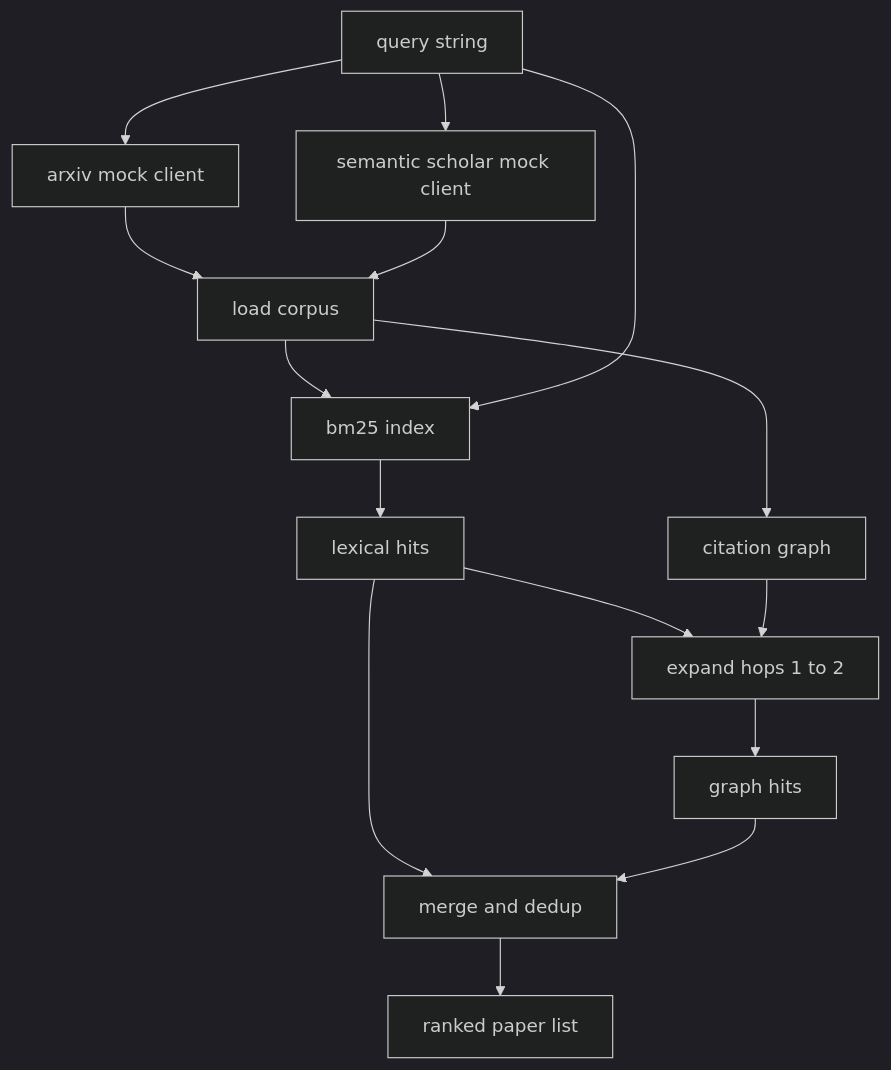
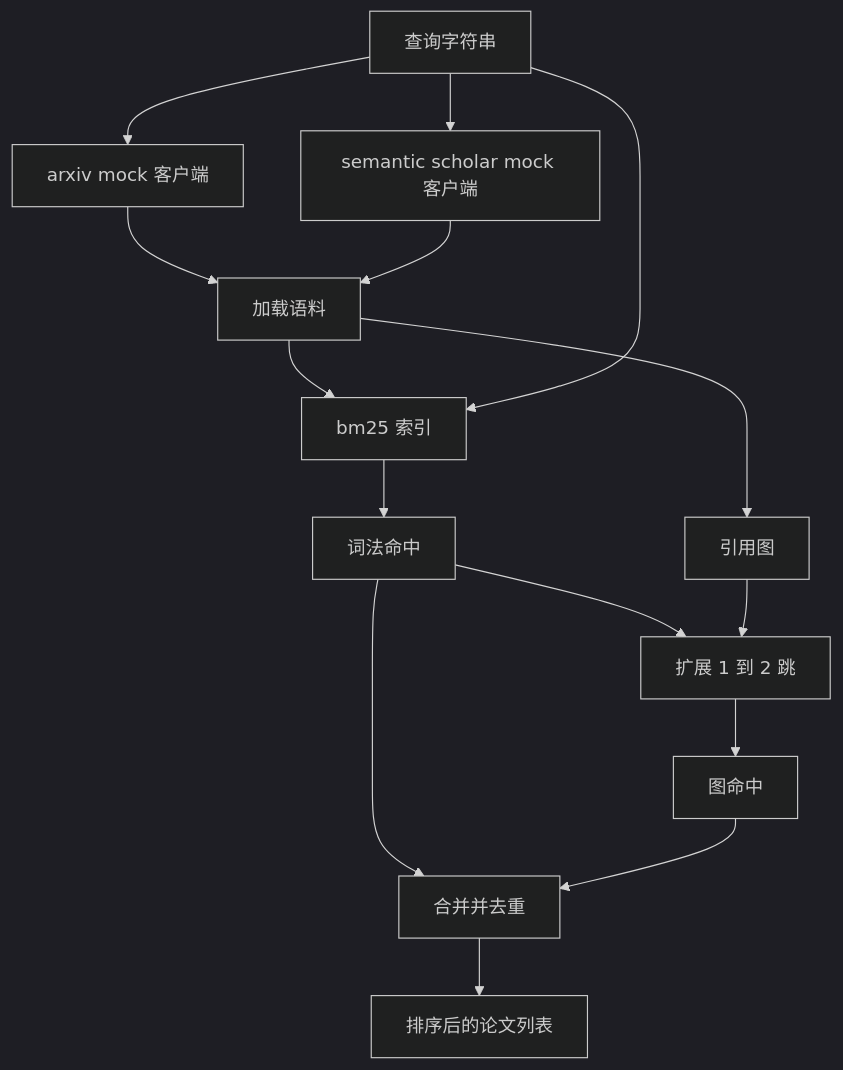
One commit to JerryC8080/ai-engineering-from-scratch-zh changed the diagram in phases/19-capstone-projects/51-literature-retrieval/docs/zh.md. Above: the diagram before and after it, drawn with Mermaid (dark theme). The commit also changed 156 other files, not shown here.

First line of the commit message:
i18n(zh): translate mermaid diagram labels in 157 lesson zh.md

````diff
--- a/phases/19-capstone-projects/51-literature-retrieval/docs/zh.md
+++ b/phases/19-capstone-projects/51-literature-retrieval/docs/zh.md
@@ -43,17 +43,17 @@
 ```mermaid
 flowchart TD
-    Q[query string] --> A[arxiv mock client]
-    Q --> S[semantic scholar mock client]
-    A --> L[load corpus]
+    Q[查询字符串] --> A[arxiv mock 客户端]
+    Q --> S[semantic scholar mock 客户端]
+    A --> L[加载语料]
     S --> L
-    L --> B[bm25 index]
-    L --> G[citation graph]
+    L --> B[bm25 索引]
+    L --> G[引用图]
     Q --> B
-    B --> R1[lexical hits]
-    R1 --> H[expand hops 1 to 2]
+    B --> R1[词法命中]
+    R1 --> H[扩展 1 到 2 跳]
     G --> H
-    H --> R2[graph hits]
-    R1 --> M[merge and dedup]
+    H --> R2[图命中]
+    R1 --> M[合并并去重]
     R2 --> M
-    M --> O[ranked paper list]
+    M --> O[排序后的论文列表]
 ```
````
